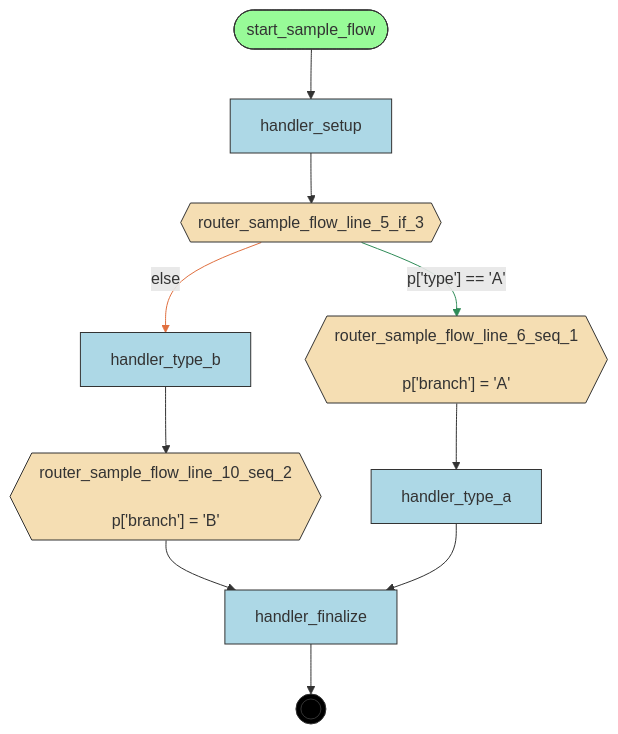
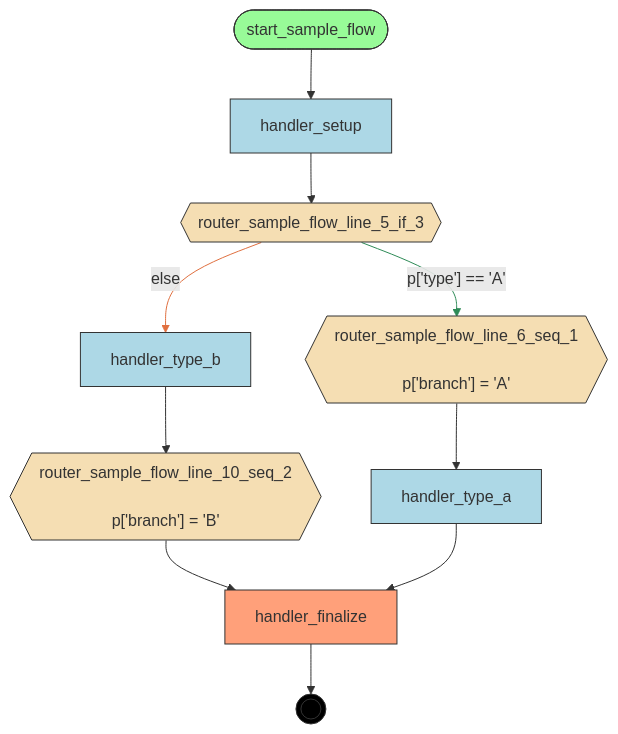
The diagram in docs/img/flows/compiled/sample_flow/flow.mmd (deliveryhero/asya), drawn with Mermaid before and after one commit. The commit also changed 11 other files, not shown here.

```diff
--- a/docs/img/flows/compiled/sample_flow/flow.mmd
+++ b/docs/img/flows/compiled/sample_flow/flow.mmd
@@ -1,33 +1,35 @@
 flowchart TD
     %% Flow: sample_flow
 
     handler_finalize[handler_finalize]
     handler_setup[handler_setup]
     handler_type_a[handler_type_a]
     handler_type_b[handler_type_b]
     router_sample_flow_line_10_seq_2{{"router_sample_flow_line_10_seq_2<br/><br/>p['branch'] = 'B'"}}
     router_sample_flow_line_5_if_3{{router_sample_flow_line_5_if_3}}
     router_sample_flow_line_6_seq_1{{"router_sample_flow_line_6_seq_1<br/><br/>p['branch'] = 'A'"}}
     start_sample_flow([start_sample_flow])
     __end__((( )))
 
     start_sample_flow --> handler_setup
     handler_setup --> router_sample_flow_line_5_if_3
     router_sample_flow_line_6_seq_1 --> handler_type_a
     router_sample_flow_line_5_if_3 -->|"p['type'] == 'A'"| router_sample_flow_line_6_seq_1
     router_sample_flow_line_5_if_3 -->|"else"| handler_type_b
     handler_type_b --> router_sample_flow_line_10_seq_2
     router_sample_flow_line_10_seq_2 --> handler_finalize
     handler_type_a --> handler_finalize
     handler_finalize --> __end__
 
-    classDef entrypoint fill:#98FB98,stroke:#333
+    classDef start fill:#98FB98,stroke:#333
+    classDef endnode fill:#FFA07A,stroke:#333
     classDef router fill:#F5DEB3,stroke:#333
     classDef handler fill:#ADD8E6,stroke:#333
     classDef endpoint fill:#000,stroke:#333,color:#fff
-    class start_sample_flow entrypoint
+    class start_sample_flow start
+    class handler_finalize endnode
     class router_sample_flow_line_10_seq_2,router_sample_flow_line_5_if_3,router_sample_flow_line_6_seq_1 router
-    class handler_finalize,handler_setup,handler_type_a,handler_type_b handler
+    class handler_setup,handler_type_a,handler_type_b handler
     class __end__ endpoint
     linkStyle 3 stroke:#2E8B57
     linkStyle 4 stroke:#E07040
```
